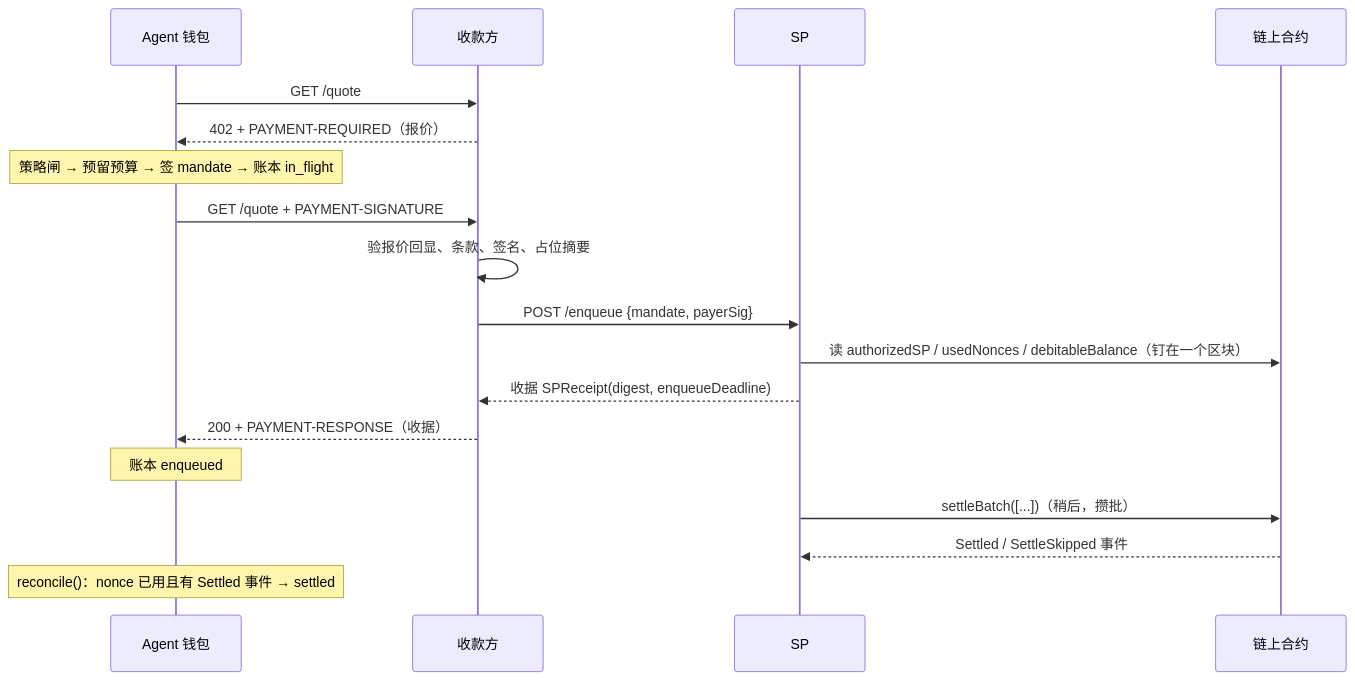
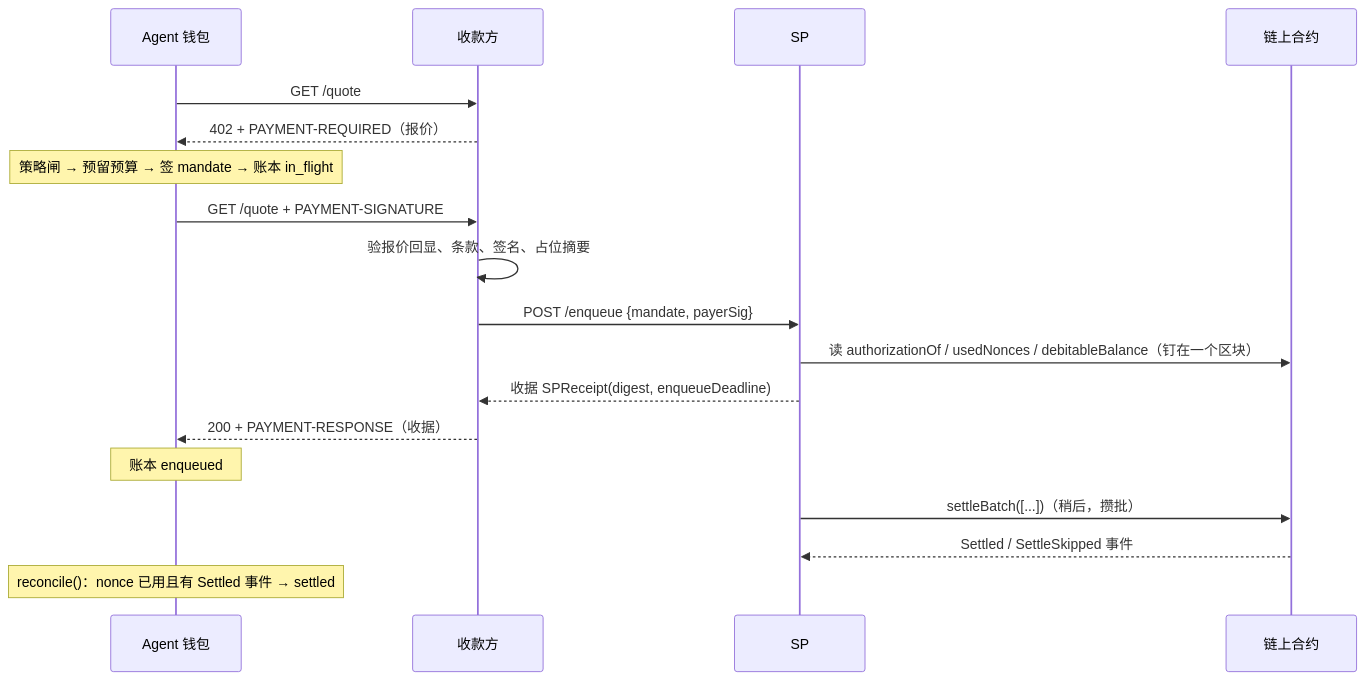
Before and after one commit to linqizhe07/agentpay: the second of 2 diagrams in docs/technical-report.md, drawn with Mermaid. The commit also changed other lines of this file and 15 other files, not shown here.

````diff
--- a/docs/technical-report.md
+++ b/docs/technical-report.md
@@ -66,20 +66,20 @@
 ```mermaid
 sequenceDiagram
   participant A as Agent 钱包
   participant P as 收款方
   participant S as SP
   participant C as 链上合约
   A->>P: GET /quote
   P-->>A: 402 + PAYMENT-REQUIRED（报价）
   Note over A: 策略闸 → 预留预算 → 签 mandate → 账本 in_flight
   A->>P: GET /quote + PAYMENT-SIGNATURE
   P->>P: 验报价回显、条款、签名、占位摘要
   P->>S: POST /enqueue {mandate, payerSig}
-  S->>C: 读 authorizedSP / usedNonces / debitableBalance（钉在一个区块）
+  S->>C: 读 authorizationOf / usedNonces / debitableBalance（钉在一个区块）
   S-->>P: 收据 SPReceipt(digest, enqueueDeadline)
   P-->>A: 200 + PAYMENT-RESPONSE（收据）
   Note over A: 账本 enqueued
   S->>C: settleBatch([...])（稍后，攒批）
   C-->>S: Settled / SettleSkipped 事件
   Note over A: reconcile()：nonce 已用且有 Settled 事件 → settled
 ```
````
